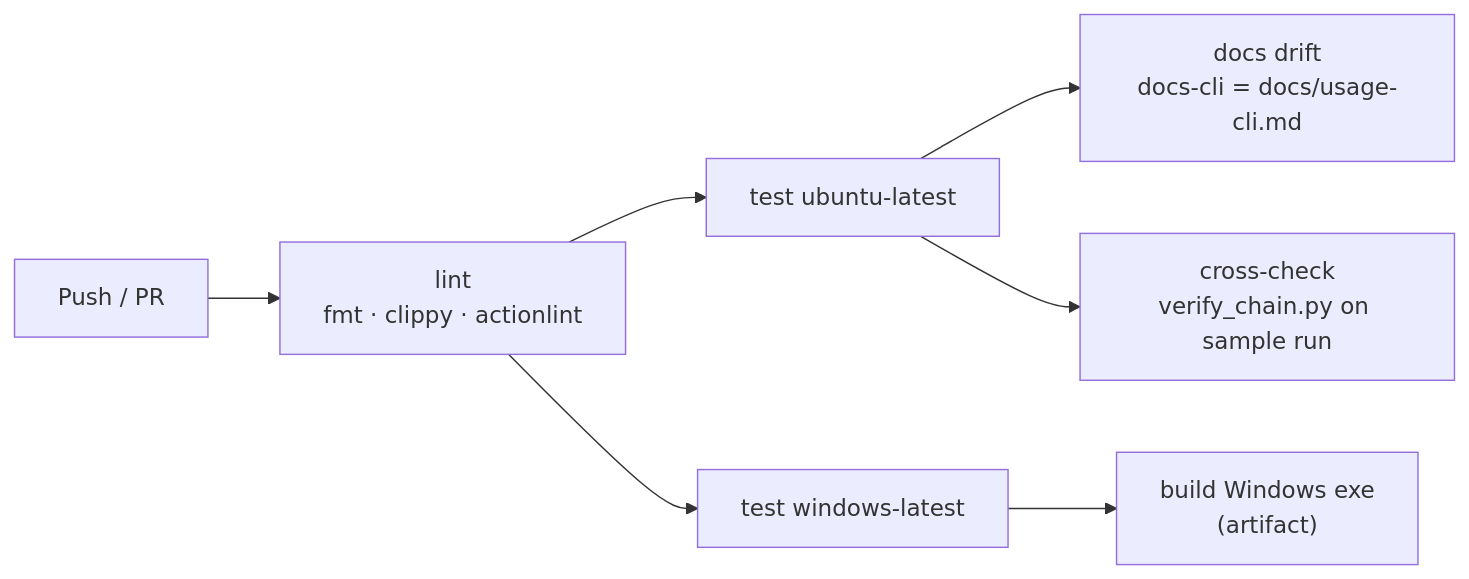
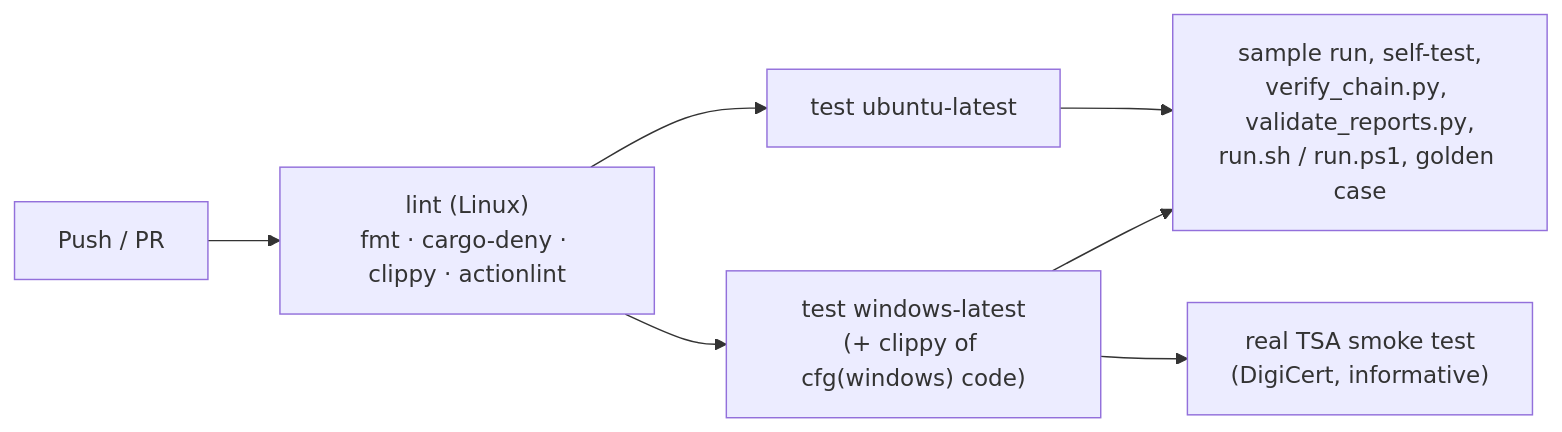
Before and after one commit to Panacota96/rv-mailauth: the third of 4 diagrams in docs/development.md, drawn with Mermaid. The commit also changed other lines of this file and 101 other files, not shown here.

````diff
--- a/docs/development.md
+++ b/docs/development.md
@@ -29,9 +105,8 @@
 ```mermaid
 flowchart LR
-    PR["Push / PR"] --> L["lint<br/>fmt · clippy · actionlint"]
+    PR["Push / PR"] --> L["lint (Linux)<br/>fmt · cargo-deny · clippy · actionlint"]
     L --> T1["test ubuntu-latest"]
-    L --> T2["test windows-latest"]
-    T1 --> D["docs drift<br/>docs-cli = docs/usage-cli.md"]
-    T1 --> X["cross-check<br/>verify_chain.py on sample run"]
-    T2 --> B["build Windows exe<br/>(artifact)"]
+    L --> T2["test windows-latest<br/>(+ clippy of cfg(windows) code)"]
+    T1 & T2 --> S["sample run, self-test,<br/>verify_chain.py, validate_reports.py,<br/>run.sh / run.ps1, golden case"]
+    T2 --> TSA["real TSA smoke test<br/>(DigiCert, informative)"]
 ```
````
